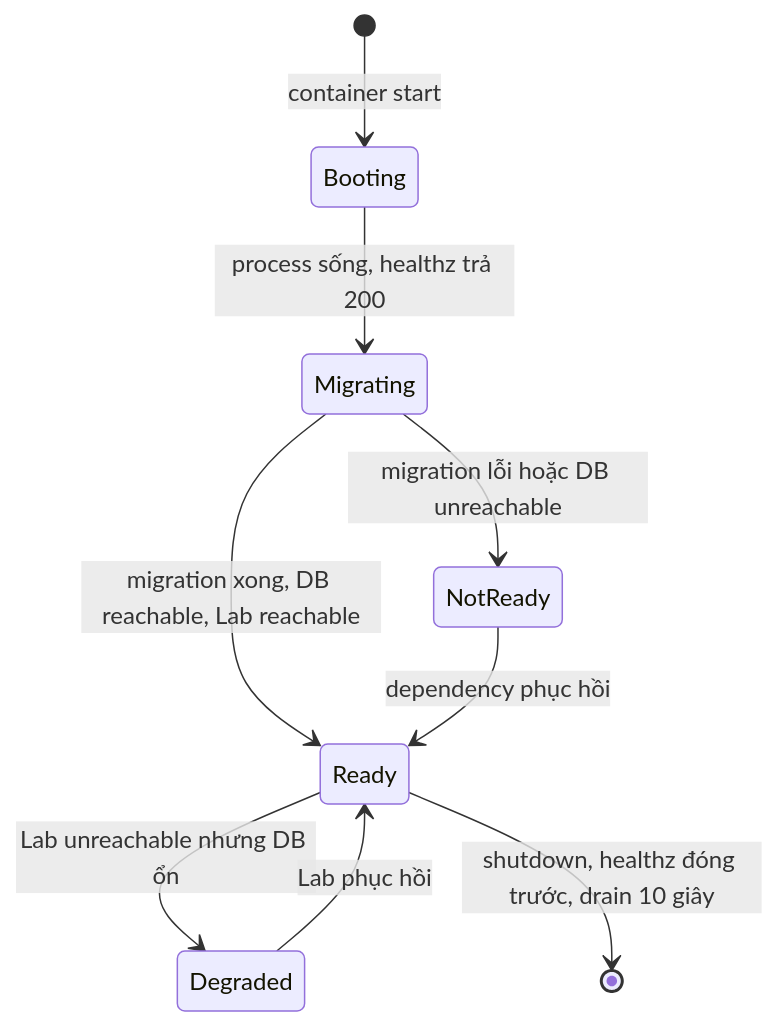
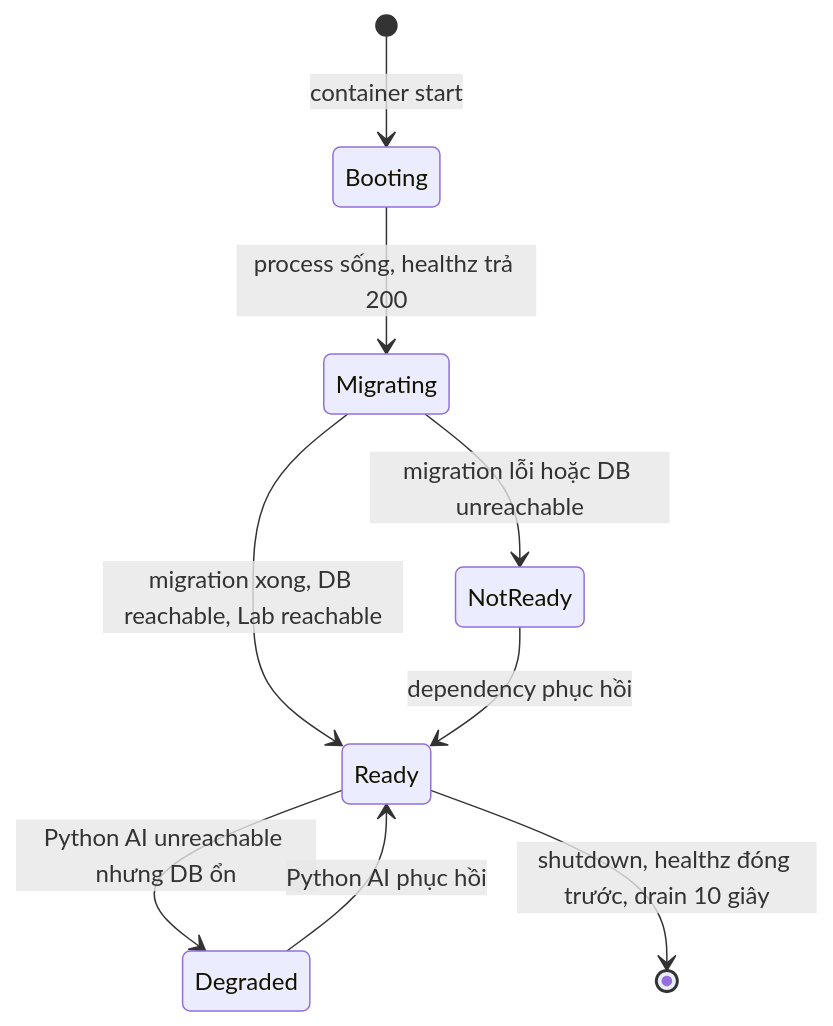
One commit to EnsoTech-Studio/CryptoBot changed the second of 2 diagrams in blueprint/specs/observability.md. Above: the diagram before and after it, drawn with Mermaid. The commit also changed other lines of this file and 69 other files, not shown here.

First line of the commit message:
docs(blueprint): reconcile Go architecture

````diff
--- a/blueprint/specs/observability.md
+++ b/blueprint/specs/observability.md
@@ -143,11 +143,11 @@
 ```mermaid
 stateDiagram-v2
     [*] --> Booting: container start
     Booting --> Migrating: process sống, healthz trả 200
     Migrating --> Ready: migration xong, DB reachable, Lab reachable
     Migrating --> NotReady: migration lỗi hoặc DB unreachable
     NotReady --> Ready: dependency phục hồi
-    Ready --> Degraded: Lab unreachable nhưng DB ổn
-    Degraded --> Ready: Lab phục hồi
+    Ready --> Degraded: Python AI unreachable nhưng DB ổn
+    Degraded --> Ready: Python AI phục hồi
     Ready --> [*]: shutdown, healthz đóng trước, drain 10 giây
 ```
````
